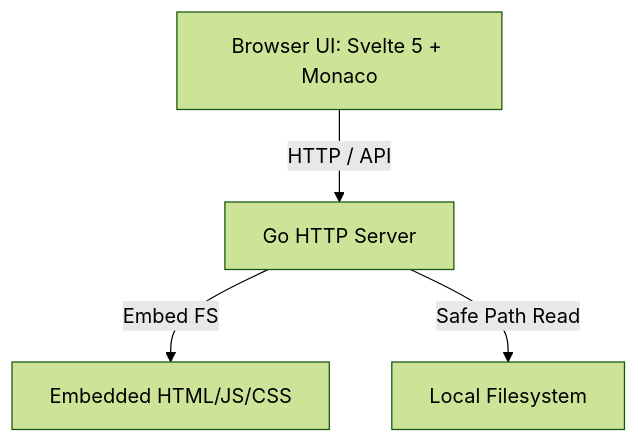
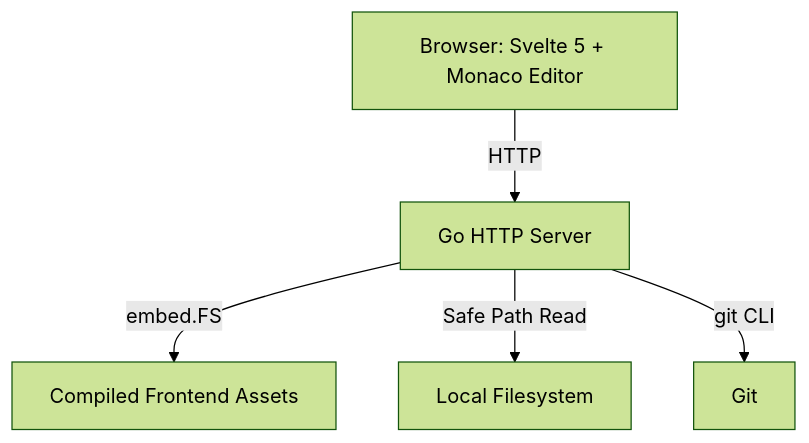
Before and after one commit to Ucok23/vidian: the diagram in README.md, drawn with Mermaid (forest theme). The commit also changed other lines of this file and 2 other files, not shown here.

````diff
--- a/README.md
+++ b/README.md
@@ -32,6 +142,7 @@
 ```mermaid
 graph TD
-    Client[Browser UI: Svelte 5 + Monaco] -->|HTTP / API| API[Go HTTP Server]
-    API -->|Embed FS| StaticAssets[Embedded HTML/JS/CSS]
-    API -->|Safe Path Read| FS[Local Filesystem]
+    Client[Browser: Svelte 5 + Monaco Editor] -->|HTTP| Server[Go HTTP Server]
+    Server -->|embed.FS| Assets[Compiled Frontend Assets]
+    Server -->|Safe Path Read| FS[Local Filesystem]
+    Server -->|git CLI| Git[Git]
 ```
````
